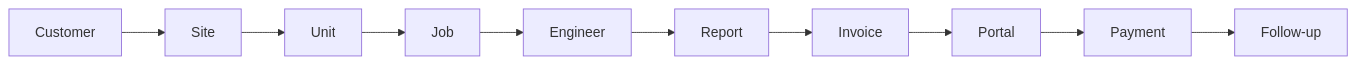
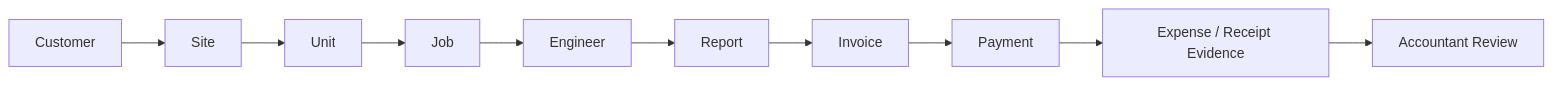
One commit to juniordurant/durant-os-progress changed the diagram in README.md. Above: the diagram before and after it, drawn with Mermaid. The commit also changed other lines of this file and 4 other files, not shown here.

````diff
--- a/README.md
+++ b/README.md
@@ -33,12 +60,12 @@
 ```mermaid
 flowchart LR
     A["Customer"] --> B["Site"]
     B --> C["Unit"]
     C --> D["Job"]
     D --> E["Engineer"]
     E --> F["Report"]
     F --> G["Invoice"]
-    G --> H["Portal"]
-    H --> I["Payment"]
-    I --> J["Follow-up"]
+    G --> H["Payment"]
+    H --> I["Expense / Receipt Evidence"]
+    I --> J["Accountant Review"]
 ```
````
